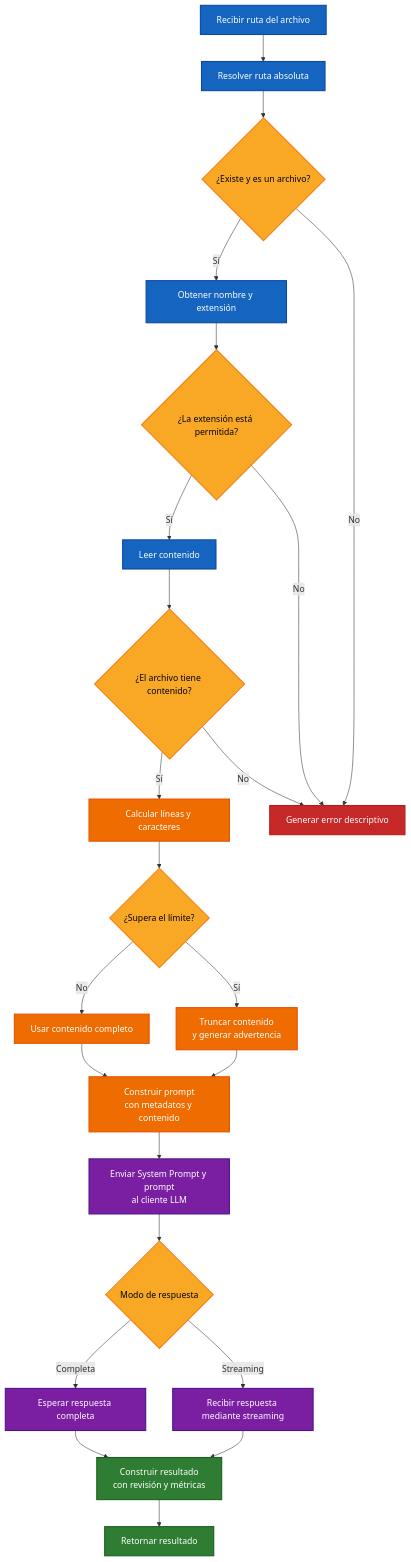
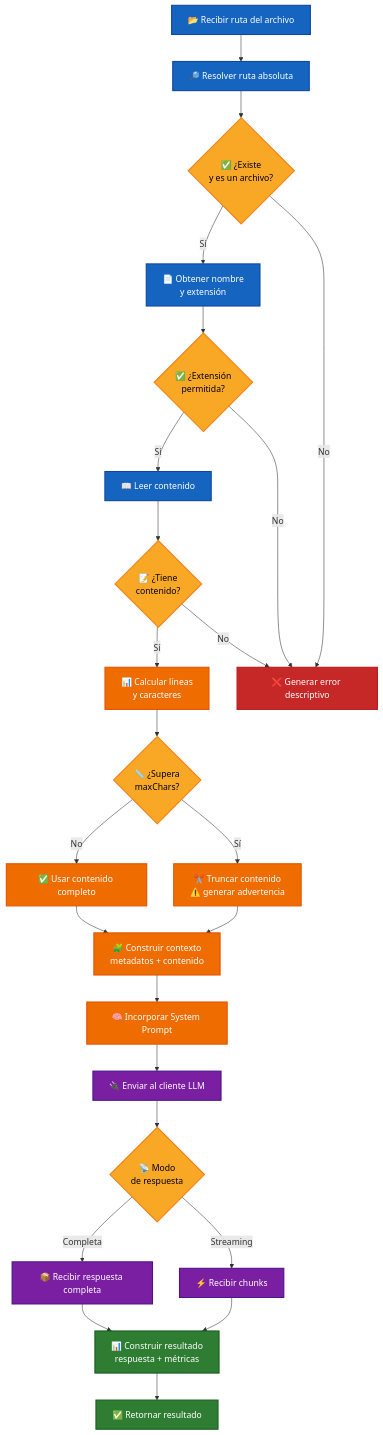
The second of 3 diagrams in info/fundamentos/analyze-file-with-llm.md (MLahuasi/ai-agent-labs), drawn with Mermaid before and after one commit. The commit also changed other lines of this file and 120 other files, not shown here.

````diff
--- a/info/fundamentos/analyze-file-with-llm.md
+++ b/info/fundamentos/analyze-file-with-llm.md
@@ -27,78 +104,81 @@
 ```mermaid
 flowchart TD
 
-    A["Recibir ruta del archivo"]
+    A["📂 Recibir ruta del archivo"]
 
-    B["Resolver ruta absoluta"]
+    B["🔎 Resolver ruta absoluta"]
 
-    C{"¿Existe y es un archivo?"}
+    C{"✅ ¿Existe<br/>y es un archivo?"}
 
-    D["Obtener nombre y extensión"]
+    D["📄 Obtener nombre<br/>y extensión"]
 
-    E{"¿La extensión está permitida?"}
+    E{"✅ ¿Extensión<br/>permitida?"}
 
-    F["Leer contenido"]
+    F["📖 Leer contenido"]
 
-    G{"¿El archivo tiene contenido?"}
+    G{"📝 ¿Tiene<br/>contenido?"}
 
-    H["Calcular líneas y caracteres"]
+    H["📊 Calcular líneas<br/>y caracteres"]
 
-    I{"¿Supera el límite?"}
+    I{"📏 ¿Supera<br/>maxChars?"}
 
-    J["Usar contenido completo"]
+    J["✅ Usar contenido completo"]
 
-    K["Truncar contenido<br/>y generar advertencia"]
+    K["✂️ Truncar contenido<br/>⚠️ generar advertencia"]
 
-    L["Construir prompt<br/>con metadatos y contenido"]
+    L["🧩 Construir contexto<br/>metadatos + contenido"]
 
-    M["Enviar System Prompt y prompt<br/>al cliente LLM"]
+    M["🧠 Incorporar System Prompt"]
 
-    N{"Modo de respuesta"}
+    N["🔌 Enviar al cliente LLM"]
 
-    O["Esperar respuesta completa"]
+    O{"📡 Modo<br/>de respuesta"}
 
-    P["Recibir respuesta mediante streaming"]
+    P["📦 Recibir respuesta completa"]
 
-    Q["Construir resultado<br/>con revisión y métricas"]
+    Q["⚡ Recibir chunks"]
 
-    R["Retornar resultado"]
+    R["📊 Construir resultado<br/>respuesta + métricas"]
 
-    S["Generar error descriptivo"]
+    S["✅ Retornar resultado"]
+
+    ERR["❌ Generar error descriptivo"]
 
     A --> B
     B --> C
 
-    C -->|Sí| D
-    C -->|No| S
+    C -->|"Sí"| D
+    C -->|"No"| ERR
 
     D --> E
 
-    E -->|Sí| F
-    E -->|No| S
+    E -->|"Sí"| F
+    E -->|"No"| ERR
 
     F --> G
 
-    G -->|Sí| H
-    G -->|No| S
+    G -->|"Sí"| H
+    G -->|"No"| ERR
 
     H --> I
 
-    I -->|No| J
-    I -->|Sí| K
+    I -->|"No"| J
+    I -->|"Sí"| K
 
     J --> L
     K --> L
 
     L --> M
     M --> N
+    N --> O
 
-    N -->|Completa| O
-    N -->|Streaming| P
+    O -->|"Completa"| P
+    O -->|"Streaming"| Q
 
-    O --> Q
-    P --> Q
+    P --> R
+    Q --> R
 
-    Q --> R
+    R --> S
 
     classDef validation fill:#1565C0,color:#ffffff,stroke:#0D47A1,stroke-width:2px;
     classDef preparation fill:#EF6C00,color:#ffffff,stroke:#E65100,stroke-width:2px;
@@ -108,9 +188,9 @@
     classDef error fill:#C62828,color:#ffffff,stroke:#B71C1C,stroke-width:2px;
 
     class A,B,D,F validation;
-    class H,J,K,L preparation;
-    class M,O,P llm;
-    class Q,R result;
-    class C,E,G,I,N decision;
-    class S error;
+    class H,J,K,L,M preparation;
+    class N,P,Q llm;
+    class R,S result;
+    class C,E,G,I,O decision;
+    class ERR error;
 ```
````
